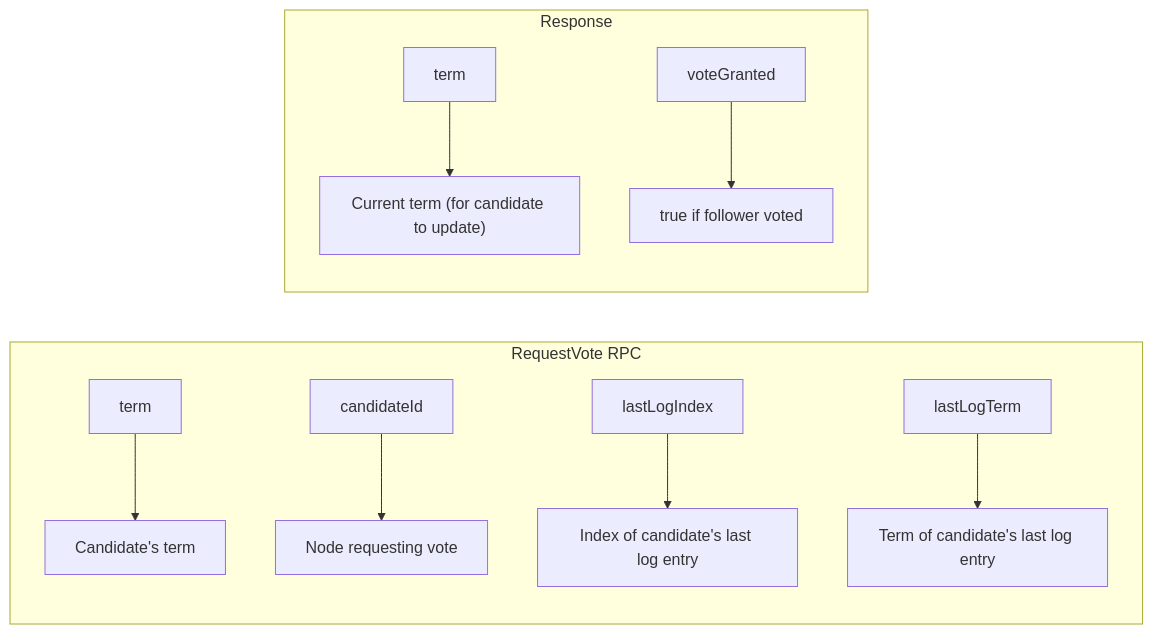
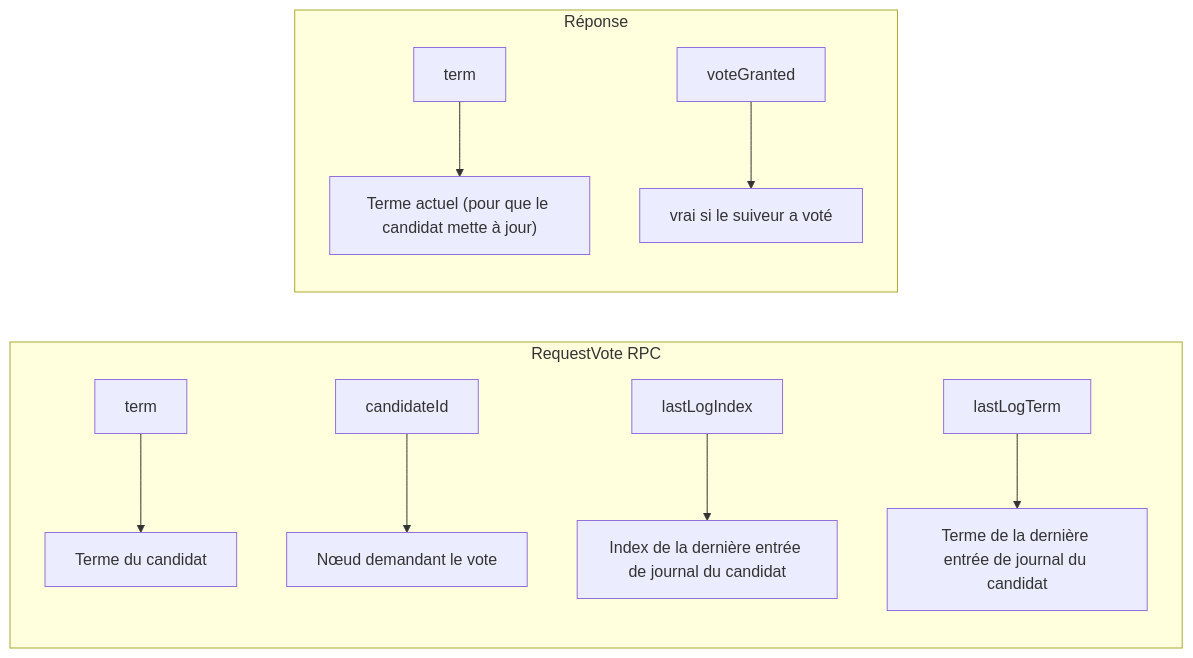
Before and after one commit to dardourimohamed/distributed-systems-course: the third of 4 diagrams in src/consensus/13-raft-leader-election.md, drawn with Mermaid. The commit also changed other lines of this file and 38 other files, not shown here.

````diff
--- a/src/consensus/13-raft-leader-election.md
+++ b/src/consensus/13-raft-leader-election.md
@@ -141,14 +142,14 @@
 ```mermaid
 graph LR
     subgraph RequestVote RPC
-        C[term] --> D["Candidate's term"]
-        E[candidateId] --> F["Node requesting vote"]
-        G[lastLogIndex] --> H["Index of candidate's last log entry"]
-        I[lastLogTerm] --> J["Term of candidate's last log entry"]
+        C[term] --> D["Terme du candidat"]
+        E[candidateId] --> F["Nœud demandant le vote"]
+        G[lastLogIndex] --> H["Index de la dernière entrée de journal du candidat"]
+        I[lastLogTerm] --> J["Terme de la dernière entrée de journal du candidat"]
     end
 
-    subgraph Response
-        K[term] --> L["Current term (for candidate to update)"]
-        M[voteGranted] --> N["true if follower voted"]
+    subgraph Réponse
+        K[term] --> L["Terme actuel (pour que le candidat mette à jour)"]
+        M[voteGranted] --> N["vrai si le suiveur a voté"]
     end
 ```
````
